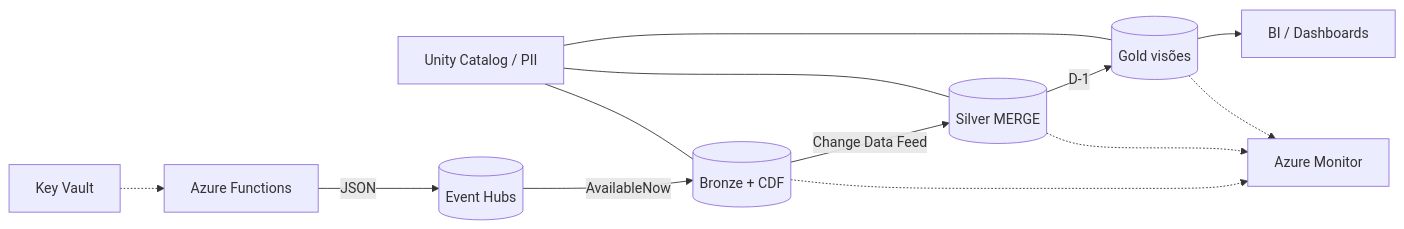
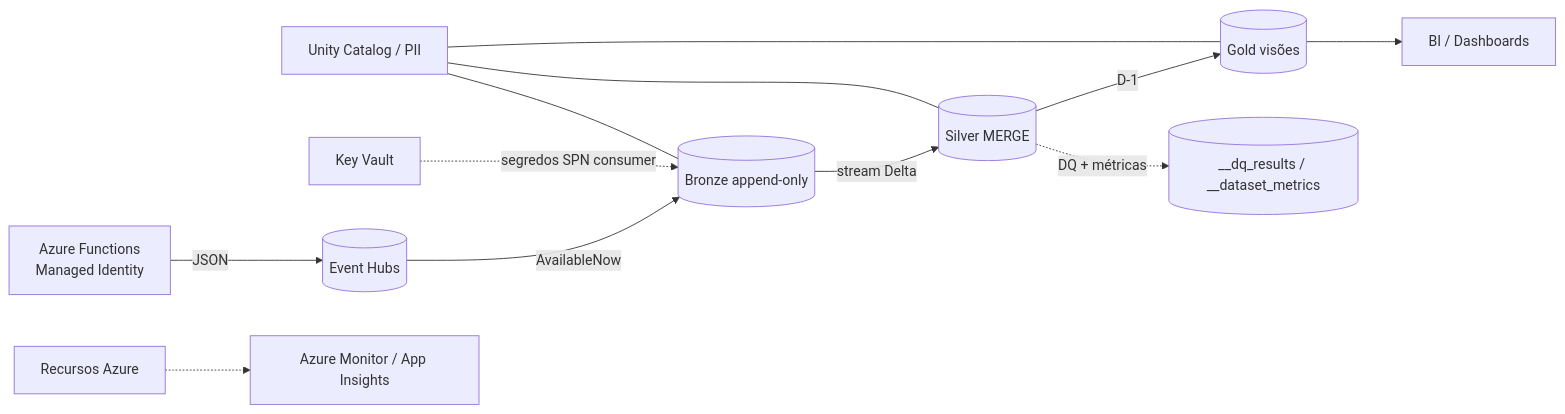
Before and after one commit to OrigCris/data_master: the diagram in README.md, drawn with Mermaid. The commit also changed other lines of this file and 84 other files, not shown here.

````diff
--- a/README.md
+++ b/README.md
@@ -29,11 +30,12 @@
 ```mermaid
 flowchart LR
-    FN[Azure Functions] -->|JSON| EH[(Event Hubs)]
-    EH -->|AvailableNow| B[(Bronze + CDF)]
-    B -->|Change Data Feed| S[(Silver MERGE)]
+    FN[Azure Functions<br/>Managed Identity] -->|JSON| EH[(Event Hubs)]
+    EH -->|AvailableNow| B[(Bronze append-only)]
+    B -->|stream Delta| S[(Silver MERGE)]
     S -->|D-1| G[(Gold visões)]
     G --> BI[BI / Dashboards]
-    KV[Key Vault] -.-> FN
+    KV[Key Vault] -.->|segredos SPN consumer| B
     UC[Unity Catalog / PII] --- B & S & G
-    B & S & G -.-> MON[Azure Monitor]
+    S -.->|DQ + métricas| DM[(__dq_results / __dataset_metrics)]
+    INFRA[Recursos Azure] -.-> MON[Azure Monitor / App Insights]
 ```
````
